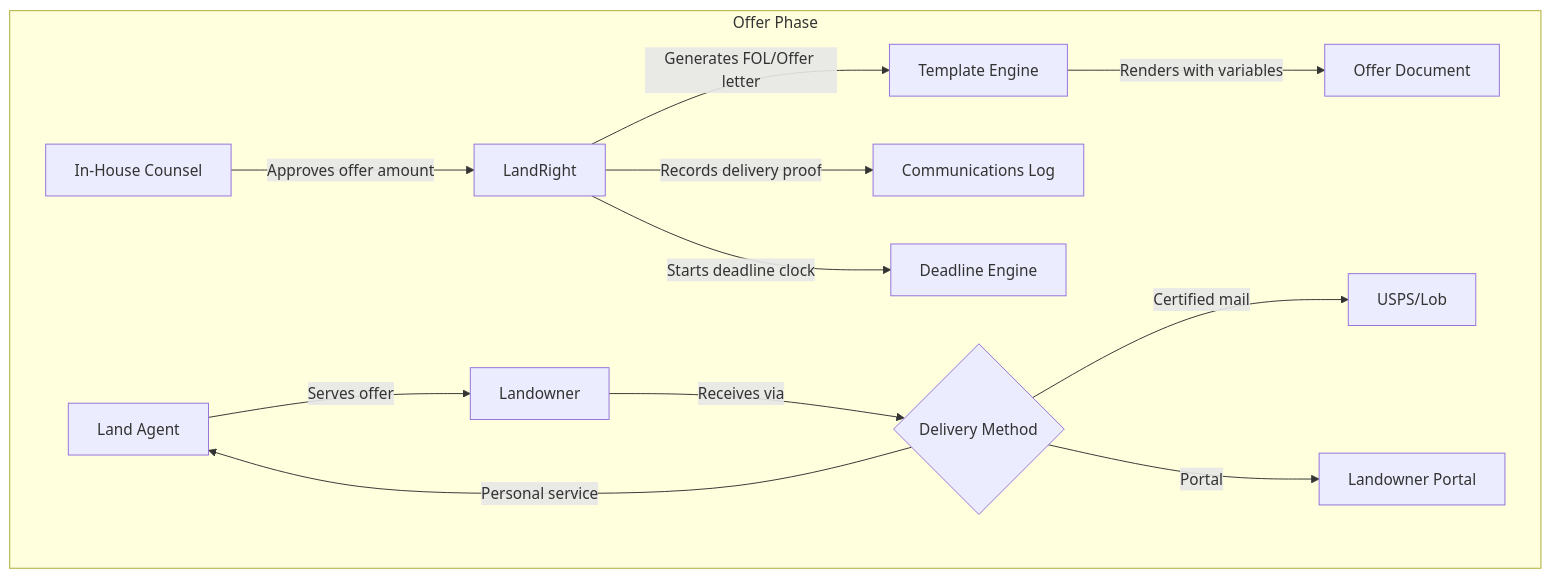
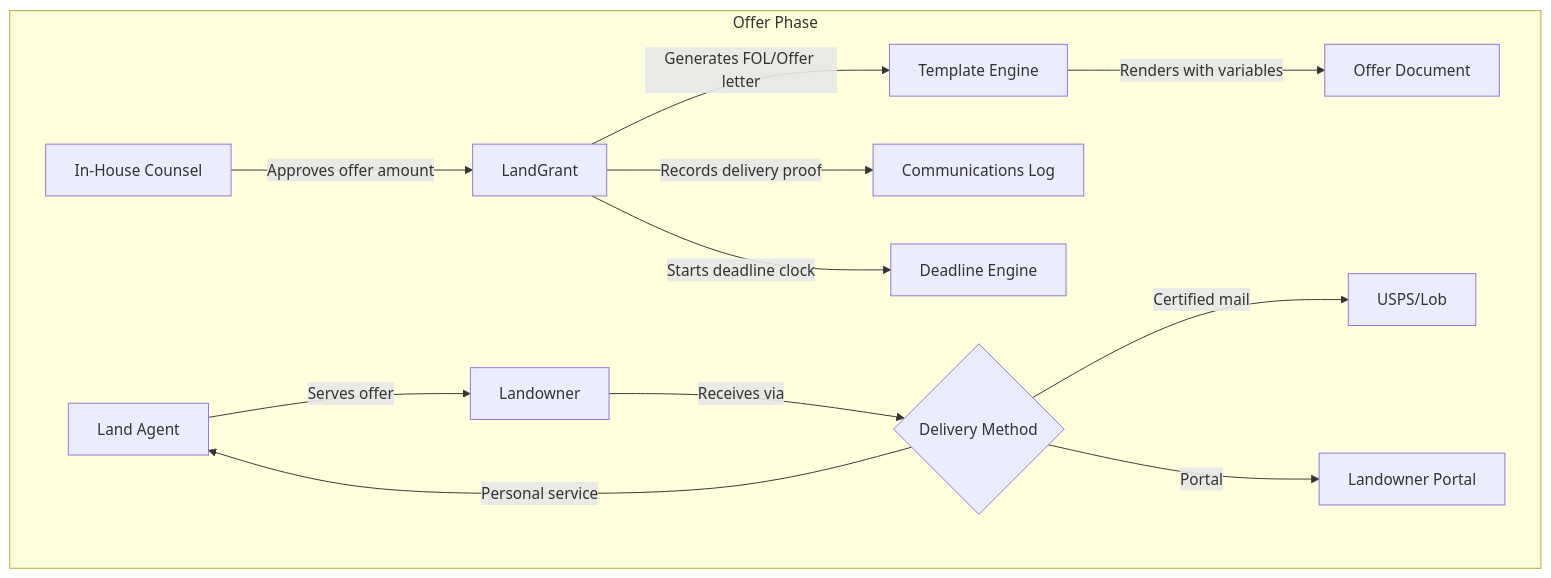
Before and after one commit to bennieking05/landgrant-mono: the third of 9 diagrams in docs/eminent-domain-workflow.md, drawn with Mermaid. The commit also changed other lines of this file and 272 other files, not shown here.

First line of the commit message:
Rebrand to LandGrant and ship Phase 2/3 platform hardening

````diff
--- a/docs/eminent-domain-workflow.md
+++ b/docs/eminent-domain-workflow.md
@@ -83,15 +83,15 @@
 ```mermaid
 flowchart TD
     subgraph offer [Offer Phase]
-        Counsel[In-House Counsel] -->|Approves offer amount| LR[LandRight]
+        Counsel[In-House Counsel] -->|Approves offer amount| LR[LandGrant]
         LR -->|Generates FOL/Offer letter| Template[Template Engine]
         Template -->|Renders with variables| Doc[Offer Document]
         Agent[Land Agent] -->|Serves offer| Owner[Landowner]
         Owner -->|Receives via| Delivery{Delivery Method}
         Delivery -->|Certified mail| USPS[USPS/Lob]
         Delivery -->|Personal service| Agent
         Delivery -->|Portal| Portal[Landowner Portal]
         LR -->|Records delivery proof| Comms[Communications Log]
         LR -->|Starts deadline clock| Deadlines[Deadline Engine]
     end
 ```
````
